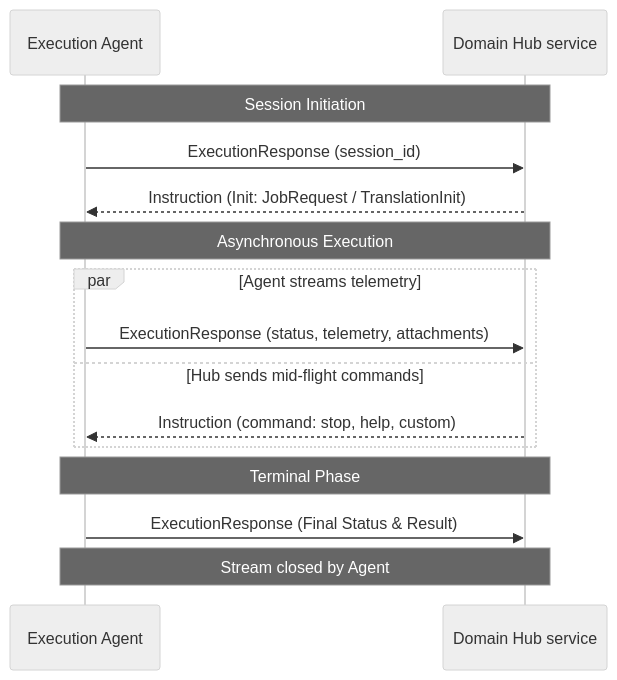
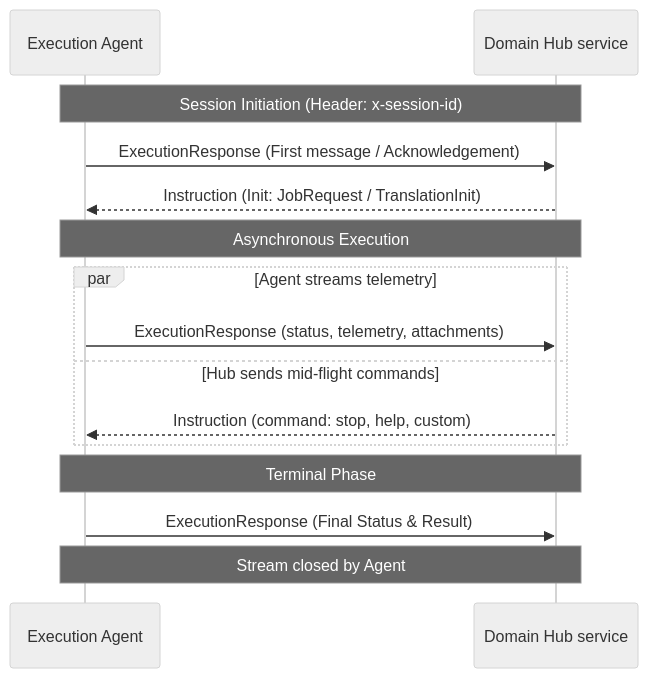
One commit to HSGamer/TestGenesis changed the third of 3 diagrams in specification/PROTOCOL.md. Above: the diagram before and after it, drawn with Mermaid (neutral theme). The commit also changed other lines of this file and 8 other files, not shown here.

````diff
--- a/specification/PROTOCOL.md
+++ b/specification/PROTOCOL.md
@@ -74,20 +78,20 @@
 ```mermaid
 sequenceDiagram
     participant A as Execution Agent
     participant H as Domain Hub service
 
-    Note over A,H: Session Initiation
-    A->>H: ExecutionResponse (session_id)
+    Note over A,H: Session Initiation (Header: x-session-id)
+    A->>H: ExecutionResponse (First message / Acknowledgement)
     H-->>A: Instruction (Init: JobRequest / TranslationInit)
 
     Note over A,H: Asynchronous Execution
     par Agent streams telemetry
         A->>H: ExecutionResponse (status, telemetry, attachments)
     and Hub sends mid-flight commands
         H-->>A: Instruction (command: stop, help, custom)
     end
 
     Note over A,H: Terminal Phase
     A->>H: ExecutionResponse (Final Status & Result)
     Note over A,H: Stream closed by Agent
 ```
````
